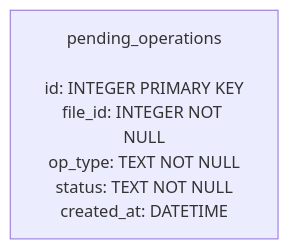
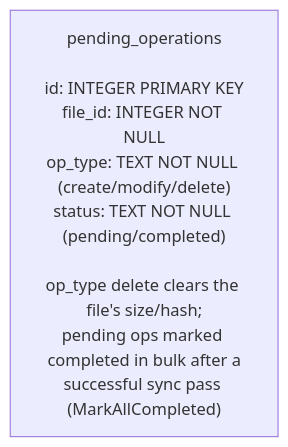
Before and after one commit to ShivangNagta/data_sync: the diagram in docs/schema/pending_operations.mmd, drawn with Mermaid. The commit also changed 11 other files, not shown here.

```diff
--- a/docs/schema/pending_operations.mmd
+++ b/docs/schema/pending_operations.mmd
@@ -1,2 +1,2 @@
 flowchart TB
-    PO["pending_operations<br/><br/>id: INTEGER PRIMARY KEY<br/>file_id: INTEGER NOT NULL<br/>op_type: TEXT NOT NULL<br/>status: TEXT NOT NULL<br/>created_at: DATETIME"]
+    PO["pending_operations<br/><br/>id: INTEGER PRIMARY KEY<br/>file_id: INTEGER NOT NULL<br/>op_type: TEXT NOT NULL (create/modify/delete)<br/>status: TEXT NOT NULL (pending/completed)<br/><br/>op_type delete clears the file's size/hash;<br/>pending ops marked completed in bulk after a<br/>successful sync pass (MarkAllCompleted)"]
```
